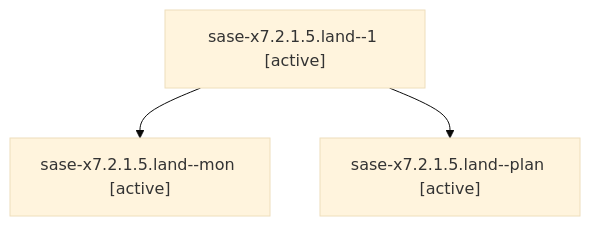
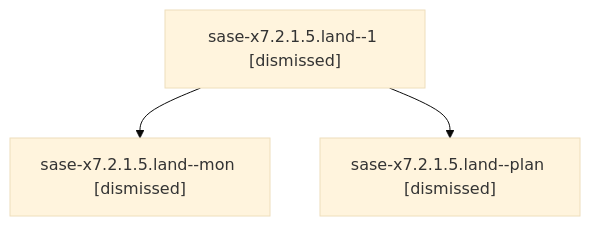
One commit to sase-org/sase--agents changed the diagram in sessions/bbugyi200.athena.sase-x7.2.1.5.land.md. Above: the diagram before and after it, drawn with Mermaid (base theme). The commit also changed other lines of this file and 397 other files, not shown here.

````diff
--- a/sessions/bbugyi200.athena.sase-x7.2.1.5.land.md
+++ b/sessions/bbugyi200.athena.sase-x7.2.1.5.land.md
@@ -9,8 +9,8 @@
 ```mermaid
 flowchart TD
-  n0["sase-x7.2.1.5.land--1 [active]"]
-  n1["sase-x7.2.1.5.land--mon [active]"]
+  n0["sase-x7.2.1.5.land--1 [dismissed]"]
+  n1["sase-x7.2.1.5.land--mon [dismissed]"]
   n0 --> n1
-  n2["sase-x7.2.1.5.land--plan [active]"]
+  n2["sase-x7.2.1.5.land--plan [dismissed]"]
   n0 --> n2
 ```
````
